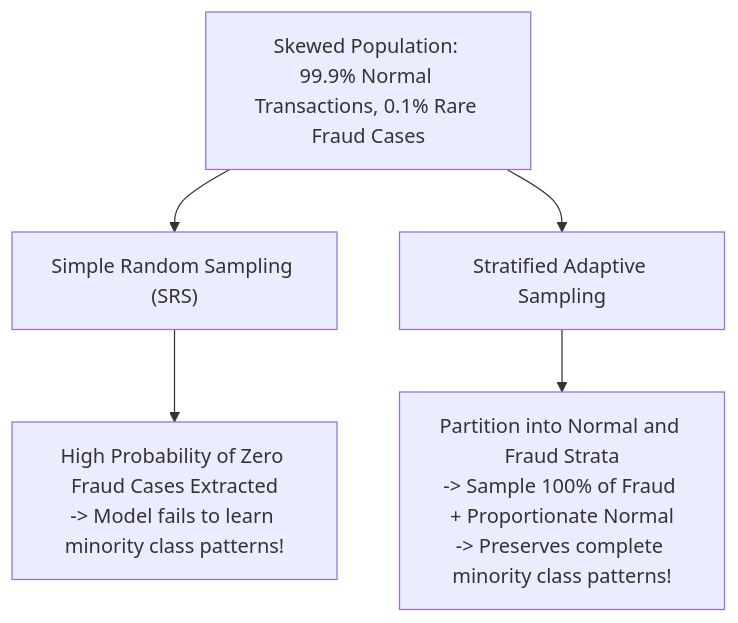
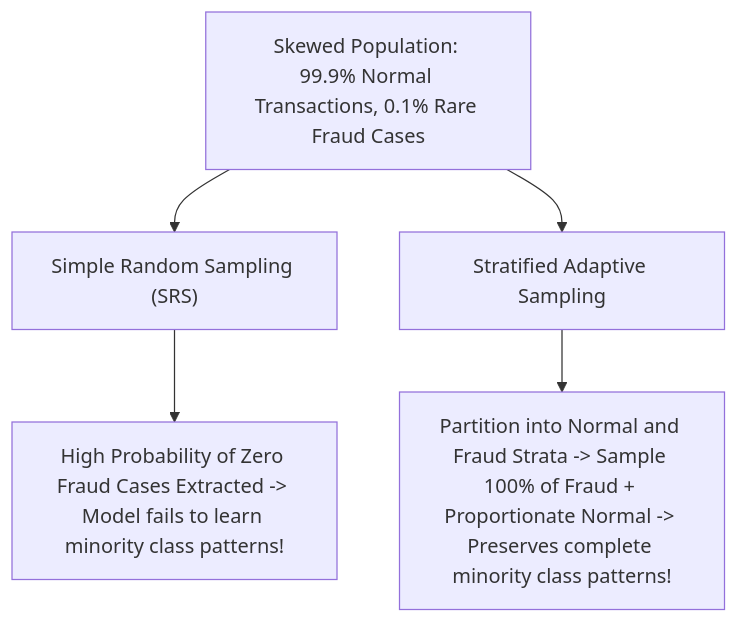
One commit to DeepLumiere/DeepSkills changed the sixth of 21 diagrams in notes/data_analysis/Unit_4_notes.md. Above: the diagram before and after it, drawn with Mermaid. The commit also changed other lines of this file and 56 other files, not shown here.

````diff
--- a/notes/data_analysis/Unit_4_notes.md
+++ b/notes/data_analysis/Unit_4_notes.md
@@ -385,10 +385,10 @@
 ```mermaid
 flowchart TD
     SKEW_DATA["Skewed Population: 99.9% Normal Transactions, 0.1% Rare Fraud Cases"]
 
     SKEW_DATA --> SRS_PATH["Simple Random Sampling (SRS)"]
-    SRS_PATH --> SRS_FAIL["High Probability of Zero Fraud Cases Extracted<br/>-> Model fails to learn minority class patterns!"]
+    SRS_PATH --> SRS_FAIL["High Probability of Zero Fraud Cases Extracted -> Model fails to learn minority class patterns!"]
 
     SKEW_DATA --> STRAT_PATH["Stratified Adaptive Sampling"]
-    STRAT_PATH --> STRAT_WIN["Partition into Normal and Fraud Strata<br/>-> Sample 100% of Fraud + Proportionate Normal<br/>-> Preserves complete minority class patterns!"]
+    STRAT_PATH --> STRAT_WIN["Partition into Normal and Fraud Strata -> Sample 100% of Fraud + Proportionate Normal -> Preserves complete minority class patterns!"]
 ```
````
